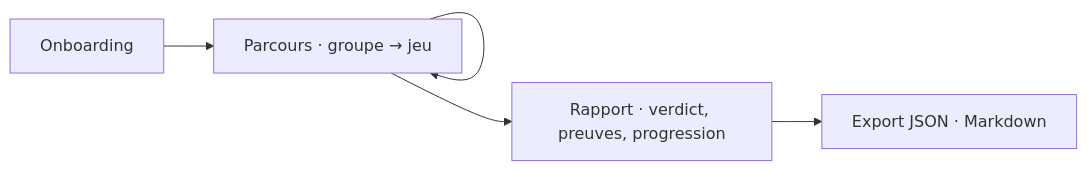
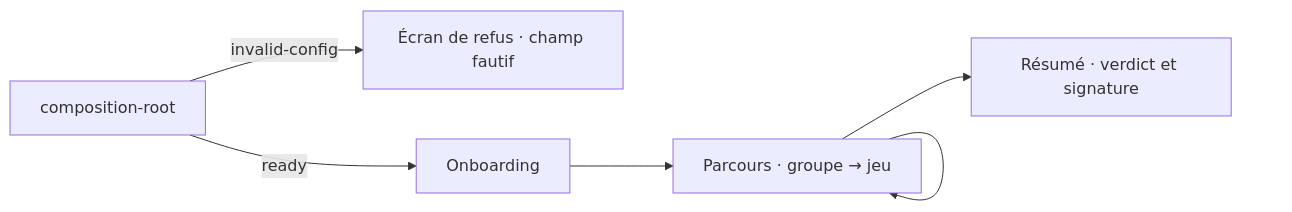
One commit to jdelauney/laivel-up-eval changed the diagram in aidd_docs/memory/navigation.md. Above: the diagram before and after it, drawn with Mermaid. The commit also changed other lines of this file and 10 other files, not shown here.

````diff
--- a/aidd_docs/memory/navigation.md
+++ b/aidd_docs/memory/navigation.md
@@ -13,7 +13,8 @@
 ```mermaid
 flowchart LR
-  onboarding[Onboarding] --> parcours[Parcours · groupe → jeu]
+  root["composition-root"] -->|invalid-config| refus["Écran de refus · champ fautif"]
+  root -->|ready| onboarding[Onboarding]
+  onboarding --> parcours["Parcours · groupe → jeu"]
   parcours --> parcours
-  parcours --> rapport[Rapport · verdict, preuves, progression]
-  rapport --> export[Export JSON · Markdown]
+  parcours --> resume["Résumé · verdict et signature"]
 ```
````
